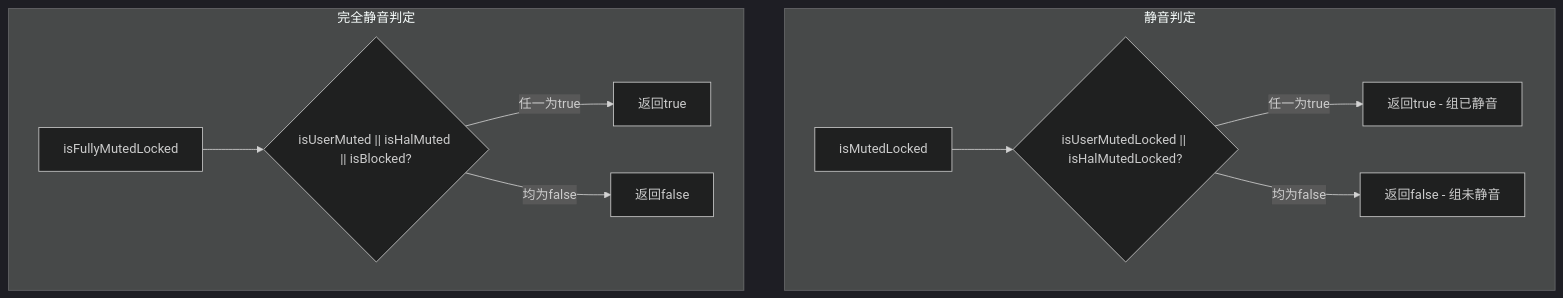
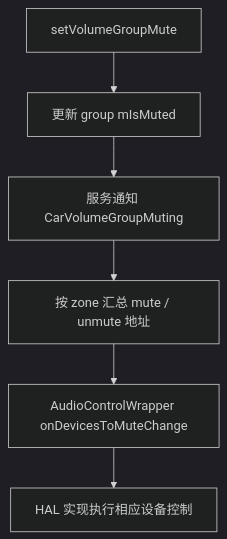
Before and after one commit to yanglinzhen1022/SA8295_AAOS_QNX_Audio_KnowledgeBase: the third of 3 diagrams in 09_AAOS_Car_Audio/09_9.5_CarVolumeGroup-车载音量组.md, drawn with Mermaid (dark theme). The commit also changed other lines of this file and 11 other files, not shown here.

Commit message:
docs: rebuild AAOS routing and AudioControl v1 learning path

````diff
--- a/09_AAOS_Car_Audio/09_9.5_CarVolumeGroup-车载音量组.md
+++ b/09_AAOS_Car_Audio/09_9.5_CarVolumeGroup-车载音量组.md
@@ -349,13 +120,8 @@
 ```mermaid
 flowchart TD
-    subgraph 静音判定
-        A[isMutedLocked] --> B{"isUserMutedLocked || isHalMutedLocked?"}
-        B -->|任一为true| C[返回true - 组已静音]
-        B -->|均为false| D[返回false - 组未静音]
-    end
-    subgraph 完全静音判定
-        E[isFullyMutedLocked] --> F{"isUserMuted || isHalMuted || isBlocked?"}
-        F -->|任一为true| G[返回true]
-        F -->|均为false| H[返回false]
-    end
+    R[setVolumeGroupMute] --> G[更新 group mIsMuted]
+    G --> C[服务通知 CarVolumeGroupMuting]
+    C --> L[按 zone 汇总 mute / unmute 地址]
+    L --> W[AudioControlWrapper onDevicesToMuteChange]
+    W --> H[HAL 实现执行相应设备控制]
 ```
````
